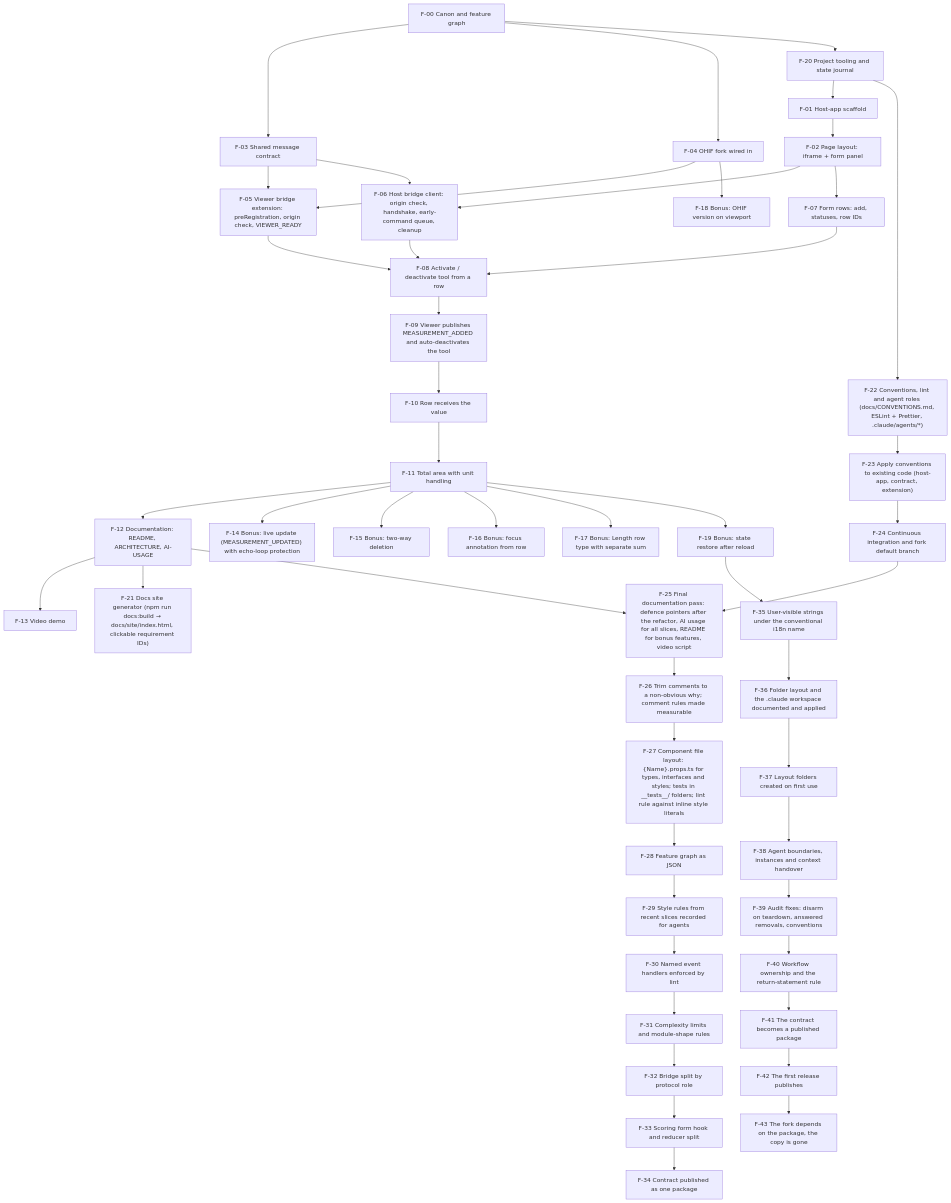
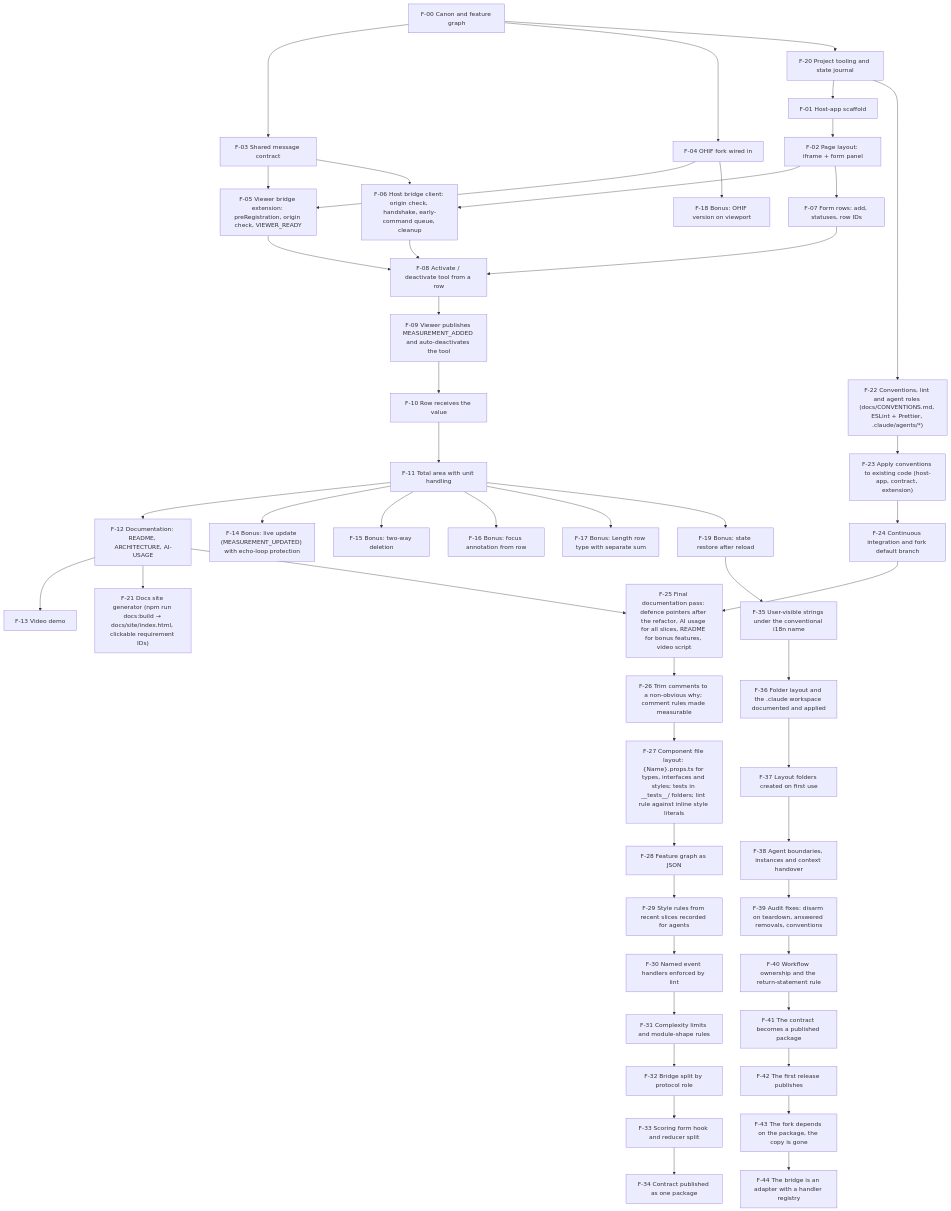
One commit to bdiadiun/artifact-synchronization changed the diagram in docs/FEATURE-GRAPH.md. Above: the diagram before and after it, drawn with Mermaid. The commit also changed other lines of this file and 10 other files, not shown here.

Commit message:
feat: bridge adapter with a handler registry

````diff
--- a/docs/FEATURE-GRAPH.md
+++ b/docs/FEATURE-GRAPH.md
@@ -144,6 +145,7 @@
   F41["F-41 The contract becomes a published package"]
   F42["F-42 The first release publishes"]
   F43["F-43 The fork depends on the package, the copy is gone"]
+  F44["F-44 The bridge is an adapter with a handler registry"]
 
   F20 --> F01
   F01 --> F02
@@ -193,4 +195,5 @@
   F40 --> F41
   F41 --> F42
   F42 --> F43
+  F43 --> F44
 ```
````
